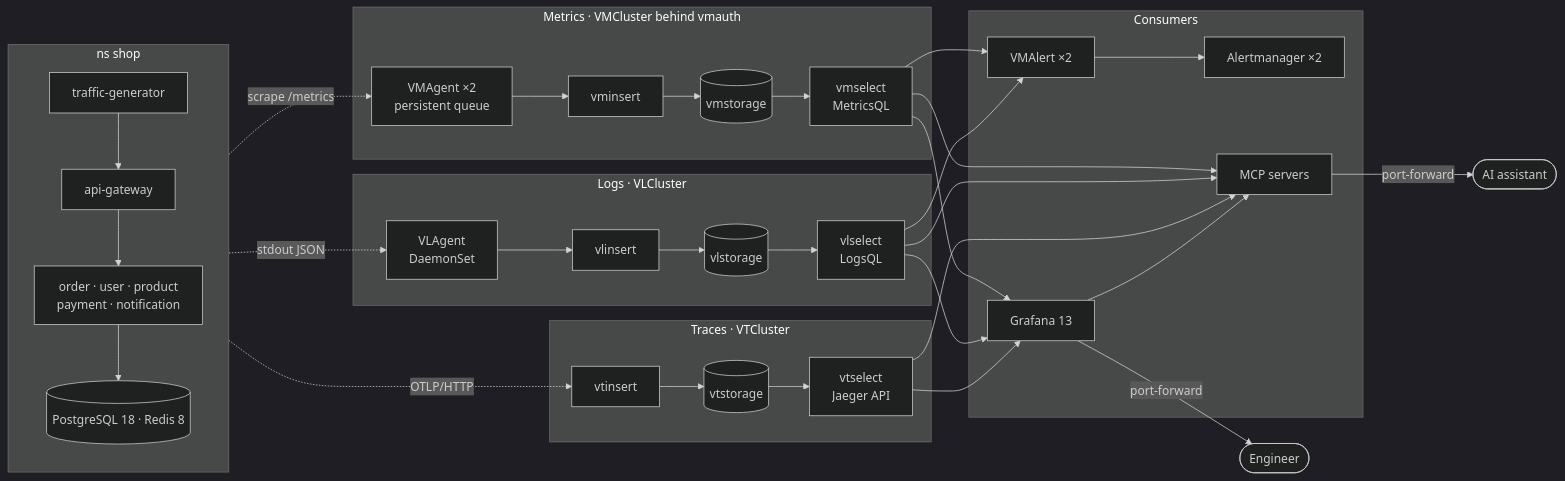
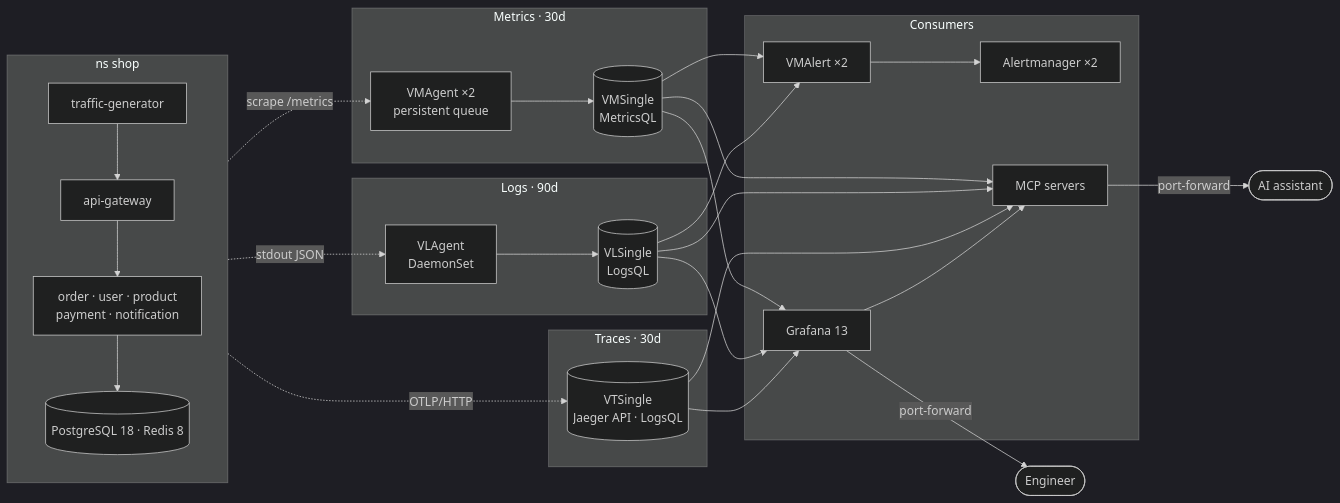
Before and after one commit to alice101-dev/k8s-victoria-observability: the second of 2 diagrams in README.md, drawn with Mermaid (dark theme). The commit also changed other lines of this file and 20 other files, not shown here.

First line of the commit message:
VictoriaMetrics, VictoriaLogs and VictoriaTraces in single-node mode; retention 30d / 90d / 30d; latest releases

````diff
--- a/README.md
+++ b/README.md
@@ -58,39 +61,39 @@
 ```mermaid
 flowchart LR
   subgraph shop["ns shop"]
     direction TB
     tg["traffic-generator"] --> gw["api-gateway"]
     gw --> svcs["order · user · product<br/>payment · notification"]
     svcs --> data[("PostgreSQL 18 · Redis 8")]
   end
 
-  subgraph metrics["Metrics · VMCluster behind vmauth"]
-    vmagent["VMAgent ×2<br/>persistent queue"] --> vminsert["vminsert"] --> vmstorage[("vmstorage")] --> vmselect["vmselect<br/>MetricsQL"]
+  subgraph metrics["Metrics · 30d"]
+    vmagent["VMAgent ×2<br/>persistent queue"] --> vmsingle[("VMSingle<br/>MetricsQL")]
   end
 
-  subgraph logs["Logs · VLCluster"]
-    vlagent["VLAgent<br/>DaemonSet"] --> vlinsert["vlinsert"] --> vlstorage[("vlstorage")] --> vlselect["vlselect<br/>LogsQL"]
+  subgraph logs["Logs · 90d"]
+    vlagent["VLAgent<br/>DaemonSet"] --> vlsingle[("VLSingle<br/>LogsQL")]
   end
 
-  subgraph traces["Traces · VTCluster"]
-    vtinsert["vtinsert"] --> vtstorage[("vtstorage")] --> vtselect["vtselect<br/>Jaeger API"]
+  subgraph traces["Traces · 30d"]
+    vtsingle[("VTSingle<br/>Jaeger API · LogsQL")]
   end
 
   subgraph use["Consumers"]
     vmalert["VMAlert ×2"] --> am["Alertmanager ×2"]
     grafana["Grafana 13"]
     mcp["MCP servers"]
   end
 
   shop -. "scrape /metrics" .-> vmagent
   shop -. "stdout JSON" .-> vlagent
-  shop -. "OTLP/HTTP" .-> vtinsert
+  shop -. "OTLP/HTTP" .-> vtsingle
 
-  vmselect --> vmalert & grafana & mcp
-  vlselect --> vmalert & grafana & mcp
-  vtselect --> grafana & mcp
+  vmsingle --> vmalert & grafana & mcp
+  vlsingle --> vmalert & grafana & mcp
+  vtsingle --> grafana & mcp
   grafana --> mcp
 
   grafana -- "port-forward" --> eng(["Engineer"])
   mcp -- "port-forward" --> ai(["AI assistant"])
 ```
````
